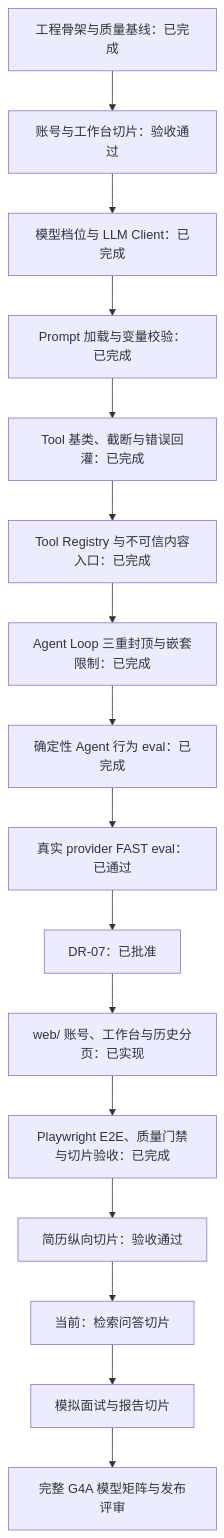
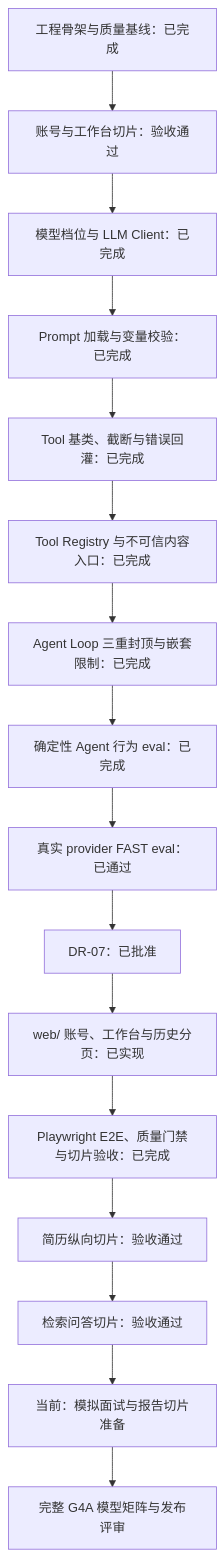
One commit to Rainloury/technical-interview-agent changed the diagram in docs/next-steps.md. Above: the diagram before and after it, drawn with Mermaid. The commit also changed other lines of this file and 41 other files, not shown here.

Commit message:
feat: 实现检索问答切片，添加问答创建/详情/流式接口、知识源章节模型、结构化问答契约与提示词、确定性词法检索、证据冻结与公开视图、异步答题任务及 React 问答前端，完善 SSE 游标重放、幂等、终态事件互斥、引用校验、URL 拒绝并更新文档

````diff
--- a/docs/next-steps.md
+++ b/docs/next-steps.md
@@ -48,18 +49,18 @@
 ```mermaid
 flowchart TD
     S0["工程骨架与质量基线：已完成"] --> N0["账号与工作台切片：验收通过"]
     N0 --> N1["模型档位与 LLM Client：已完成"]
     N1 --> N2["Prompt 加载与变量校验：已完成"]
     N2 --> N3["Tool 基类、截断与错误回灌：已完成"]
     N3 --> N4["Tool Registry 与不可信内容入口：已完成"]
     N4 --> N5["Agent Loop 三重封顶与嵌套限制：已完成"]
     N5 --> N6["确定性 Agent 行为 eval：已完成"]
     N6 --> N7["真实 provider FAST eval：已通过"]
     N7 --> N8["DR-07：已批准"]
     N8 --> N9["web/ 账号、工作台与历史分页：已实现"]
     N9 --> N10["Playwright E2E、质量门禁与切片验收：已完成"]
     N10 --> N11["简历纵向切片：验收通过"]
-    N11 --> N12["当前：检索问答切片"]
-    N12 --> N13["模拟面试与报告切片"]
+    N11 --> N12["检索问答切片：验收通过"]
+    N12 --> N13["当前：模拟面试与报告切片准备"]
     N13 --> N14["完整 G4A 模型矩阵与发布评审"]
 ```
````
